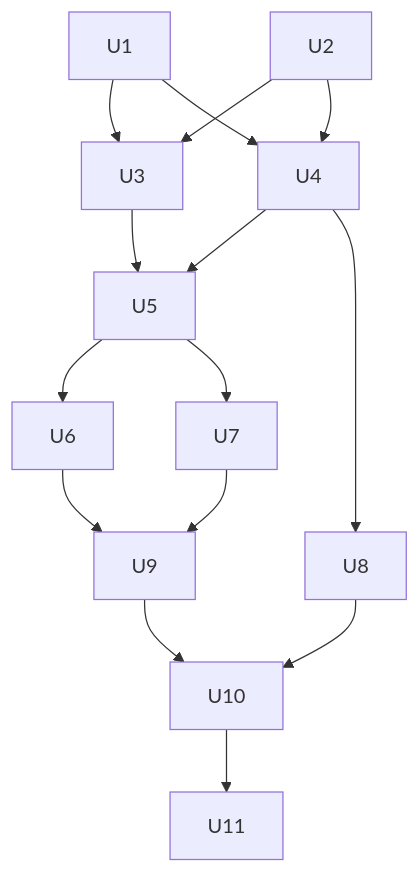
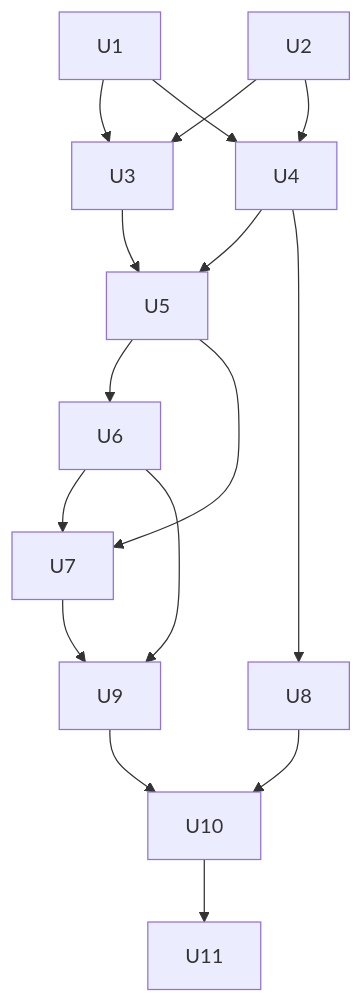
Before and after one commit to antoinefink/meguri: the eighth of 8 diagrams in docs/plans/2026-11-15-1028-feat-meguri-sync-server-plan.md, drawn with Mermaid. The commit also changed other lines of this file and 1 other file, not shown here.

````diff
--- a/docs/plans/2026-11-15-1028-feat-meguri-sync-server-plan.md
+++ b/docs/plans/2026-11-15-1028-feat-meguri-sync-server-plan.md
@@ -411,17 +418,18 @@
 ```mermaid
 flowchart TB
     U1 --> U3
     U2 --> U3
     U1 --> U4
     U2 --> U4
     U3 --> U5
     U4 --> U5
     U5 --> U6
     U5 --> U7
+    U6 --> U7
     U4 --> U8
     U6 --> U9
     U7 --> U9
     U8 --> U10
     U9 --> U10
     U10 --> U11
 ```
````
